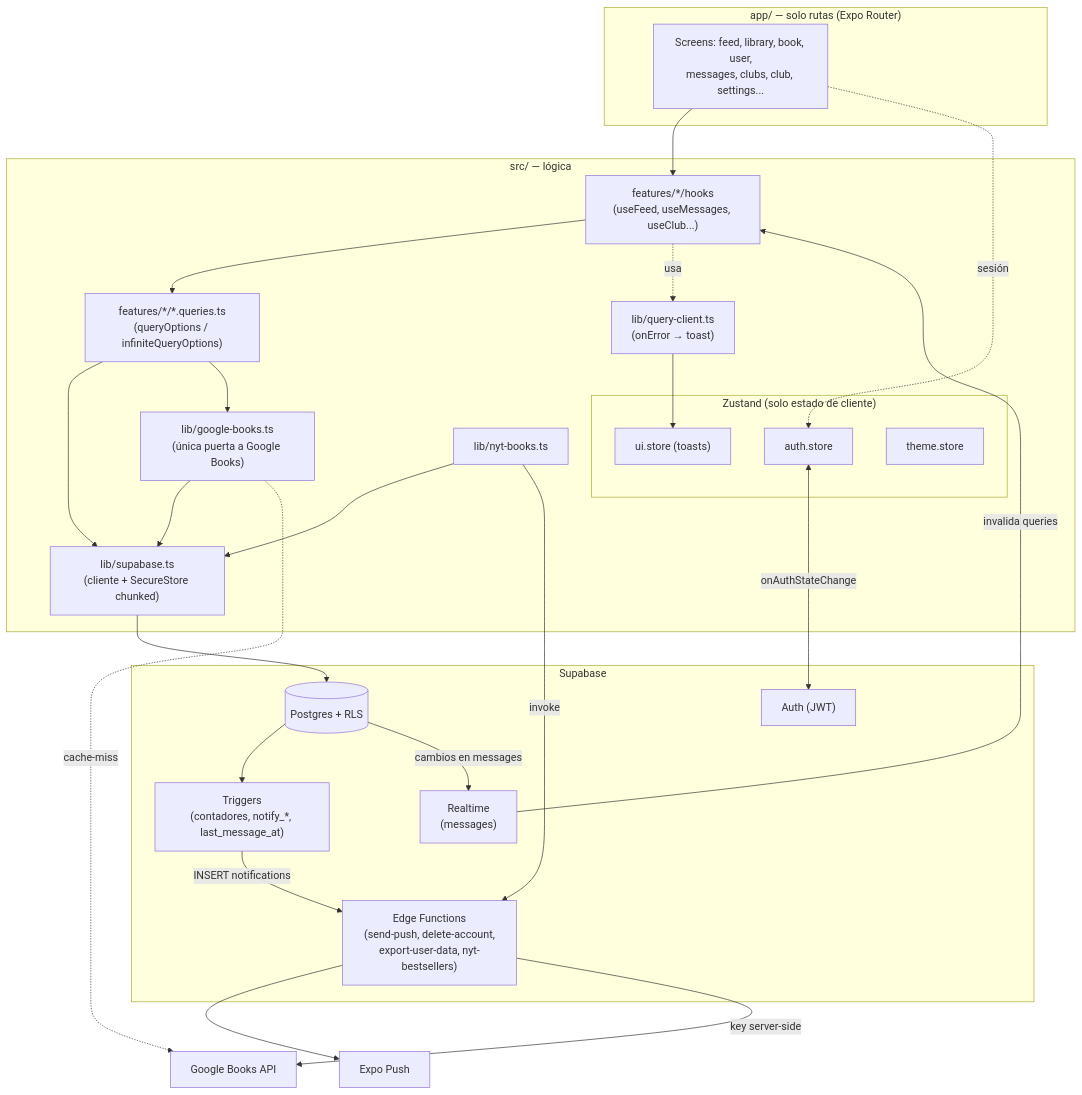
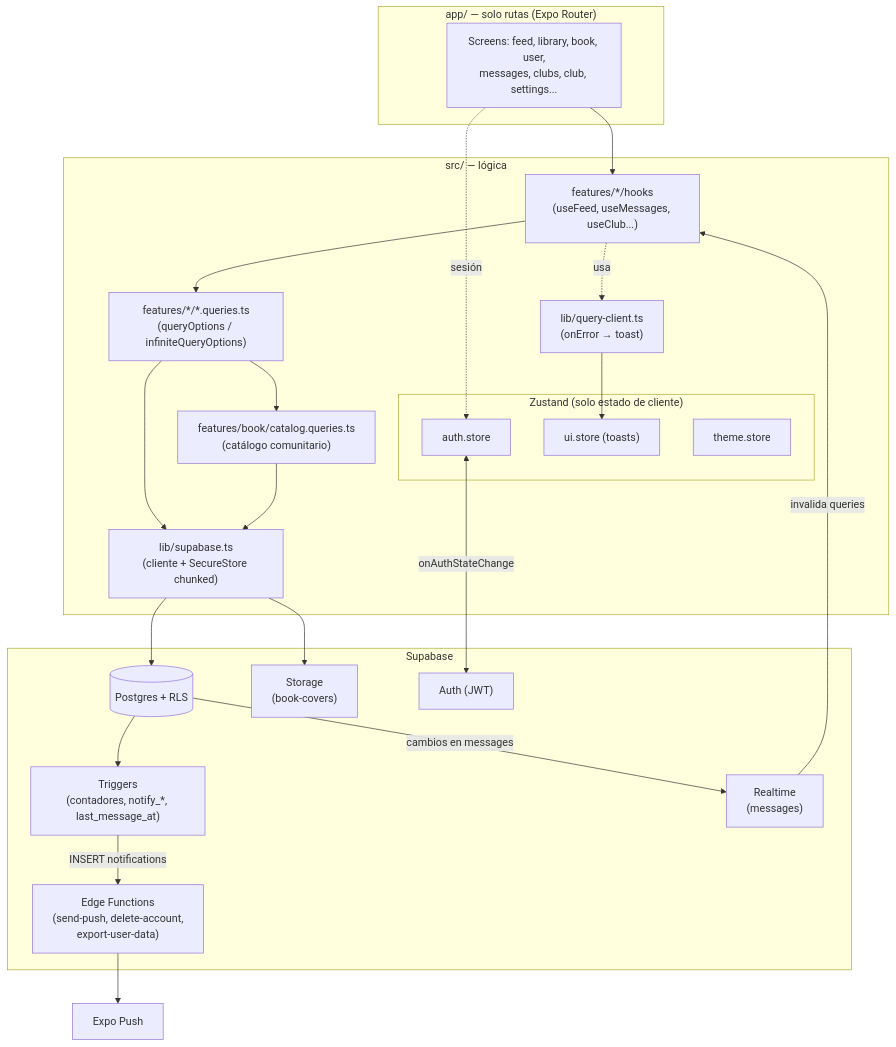
Before and after one commit to Klowsx/lexa-reads: the first of 6 diagrams in docs/diagramas.md, drawn with Mermaid. The commit also changed other lines of this file and 53 other files, not shown here.

````diff
--- a/docs/diagramas.md
+++ b/docs/diagramas.md
@@ -14,48 +14,44 @@
 ```mermaid
 flowchart TD
   subgraph APP["app/ — solo rutas (Expo Router)"]
     SCR["Screens: feed, library, book, user,<br/>messages, clubs, club, settings..."]
   end
 
   subgraph SRC["src/ — lógica"]
     HOOKS["features/*/hooks<br/>(useFeed, useMessages, useClub...)"]
     QUERIES["features/*/*.queries.ts<br/>(queryOptions / infiniteQueryOptions)"]
-    GBOOKS["lib/google-books.ts<br/>(única puerta a Google Books)"]
-    NYT["lib/nyt-books.ts"]
+    CATALOG["features/book/catalog.queries.ts<br/>(catálogo comunitario)"]
     SUPA["lib/supabase.ts<br/>(cliente + SecureStore chunked)"]
     subgraph STORES["Zustand (solo estado de cliente)"]
       AUTH["auth.store"]
       UI["ui.store (toasts)"]
       THEME["theme.store"]
     end
     QC["lib/query-client.ts<br/>(onError → toast)"]
   end
 
   subgraph SB["Supabase"]
     PG[("Postgres + RLS")]
     TRG["Triggers<br/>(contadores, notify_*, last_message_at)"]
     RT["Realtime<br/>(messages)"]
-    EF["Edge Functions<br/>(send-push, delete-account,<br/>export-user-data, nyt-bestsellers)"]
+    EF["Edge Functions<br/>(send-push, delete-account,<br/>export-user-data)"]
+    COVERS["Storage<br/>(book-covers)"]
     AU["Auth (JWT)"]
   end
 
-  GAPI["Google Books API"]
   EXPO["Expo Push"]
 
   SCR --> HOOKS --> QUERIES --> SUPA
-  QUERIES --> GBOOKS --> SUPA
-  GBOOKS -.->|cache-miss| GAPI
-  NYT --> SUPA
+  QUERIES --> CATALOG --> SUPA
   HOOKS -. usa .-> QC
   QC --> UI
   SCR -. sesión .-> AUTH
   AUTH <-->|onAuthStateChange| AU
   SUPA --> PG
+  SUPA --> COVERS
   PG --> TRG
   RT -->|invalida queries| HOOKS
   PG -->|cambios en messages| RT
   TRG -->|INSERT notifications| EF
   EF --> EXPO
-  NYT -->|invoke| EF
-  EF -->|key server-side| GAPI
 ```
````
